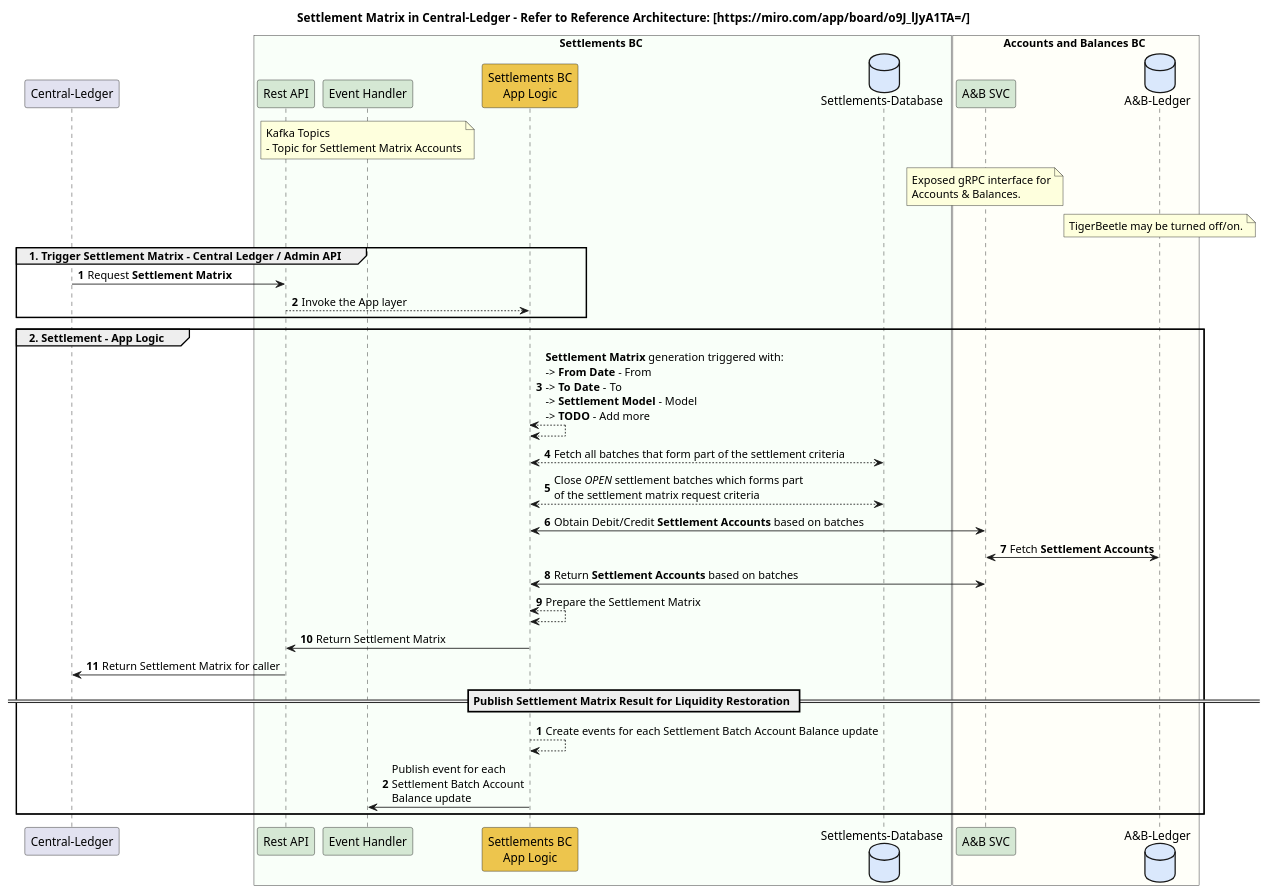
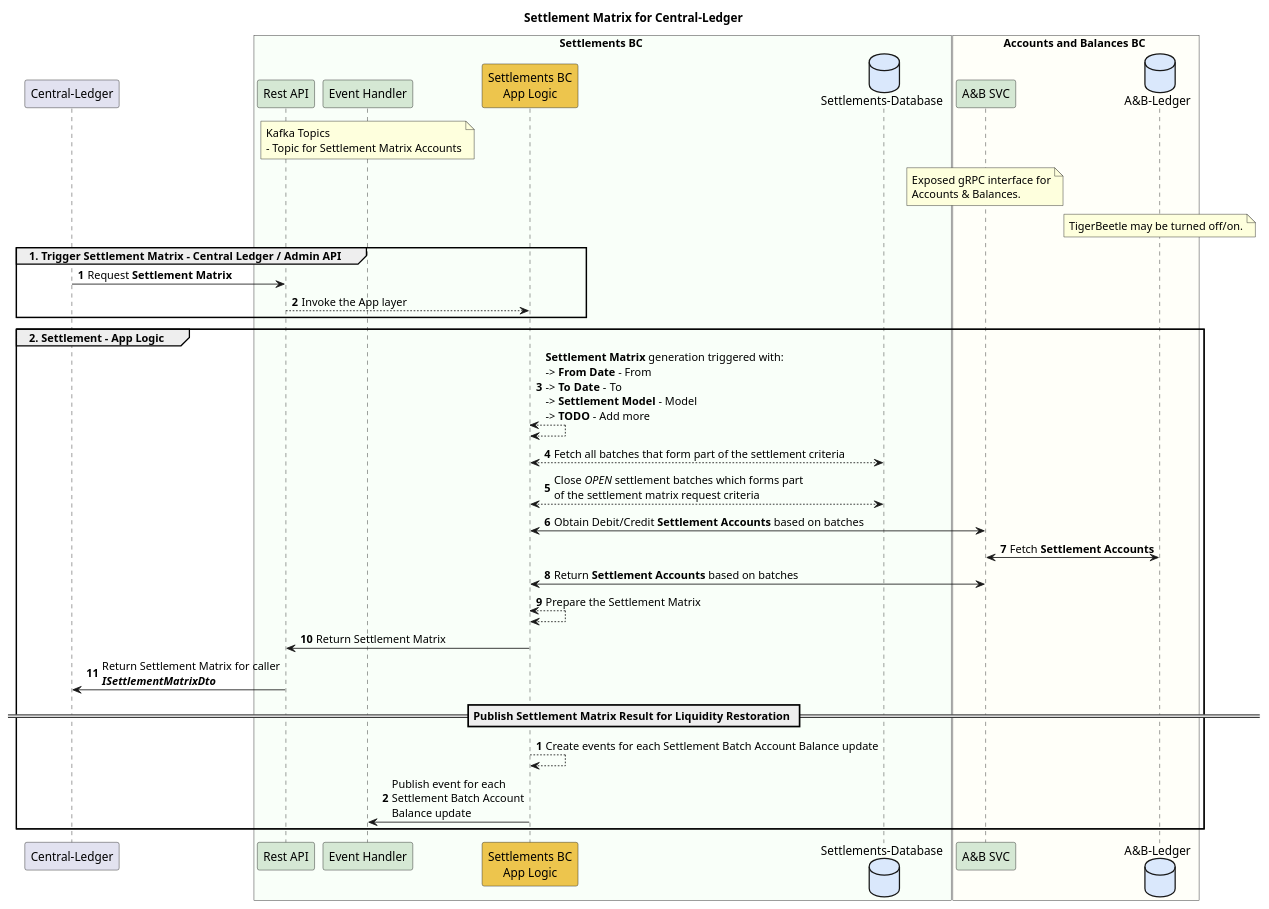
Before and after one commit to mojaloop/settlements-bc: the diagram in docs/flows/02-settlement-matrix-cl.puml, drawn with PlantUML. The commit also changed 8 other files, not shown here.

```diff
--- a/docs/flows/02-settlement-matrix-cl.puml
+++ b/docs/flows/02-settlement-matrix-cl.puml
@@ -1,52 +1,52 @@
 @startuml
 
-title Settlement Matrix in Central-Ledger - Refer to Reference Architecture: [https://miro.com/app/board/o9J_lJyA1TA=/]
+title Settlement Matrix for Central-Ledger
 
 participant "Central-Ledger" as ext_cl
 
 box Settlements BC #F9FFF9
     participant "Rest API" as sbc_rest #D5E8D4
     participant "Event Handler" as sbc_event #D5E8D4
     note over sbc_event
         Kafka Topics
         - Topic for Settlement Matrix Accounts
     end note
     participant "Settlements BC\nApp Logic" as sbc_app_logic #EDC54D
     database "Settlements-Database" as sbc_db #DAE8FC
 end box
 
 box Accounts and Balances BC #FFFFF9
     participant "A&B SVC" as abbc_grpc #D5E8D4
     database "A&B-Ledger" as abbc_tigerbeetle #DAE8FC
     note over abbc_grpc
         Exposed gRPC interface for
         Accounts & Balances.
     end note
     note over abbc_tigerbeetle
         TigerBeetle may be turned off/on.
     end note
 end box
 
 group 1. Trigger Settlement Matrix - Central Ledger / Admin API
 autonumber
     ext_cl -> sbc_rest : Request **Settlement Matrix**
     sbc_rest --> sbc_app_logic : Invoke the App layer
 end
 
 group 2. Settlement - App Logic
     sbc_app_logic <--> sbc_app_logic: **Settlement Matrix** generation triggered with:\n-> **From Date** - From\n-> **To Date** - To\n-> **Settlement Model** - Model\n-> **TODO** - Add more
     sbc_app_logic <--> sbc_db : Fetch all batches that form part of the settlement criteria
     sbc_app_logic <--> sbc_db : Close //OPEN// settlement batches which forms part \nof the settlement matrix request criteria
     sbc_app_logic <-> abbc_grpc : Obtain Debit/Credit **Settlement Accounts** based on batches
     abbc_grpc <-> abbc_tigerbeetle: Fetch **Settlement Accounts**
     abbc_grpc <-> sbc_app_logic : Return **Settlement Accounts** based on batches
     sbc_app_logic <--> sbc_app_logic : Prepare the Settlement Matrix
     sbc_app_logic -> sbc_rest : Return Settlement Matrix
-    sbc_rest -> ext_cl : Return Settlement Matrix for caller
+    sbc_rest -> ext_cl : Return Settlement Matrix for caller\n**//ISettlementMatrixDto//**
 autonumber
     == Publish Settlement Matrix Result for Liquidity Restoration ==
     sbc_app_logic --> sbc_app_logic : Create events for each Settlement Batch Account Balance update
     sbc_app_logic -> sbc_event : Publish event for each\nSettlement Batch Account\nBalance update
 end
 
 @enduml
```
